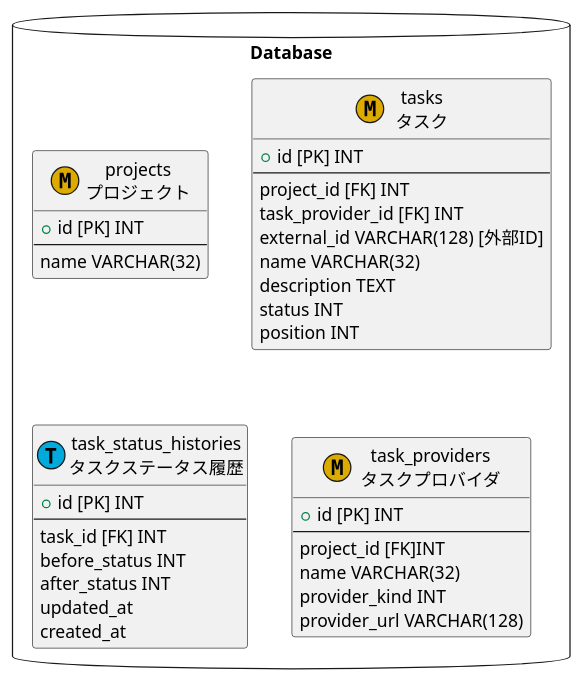
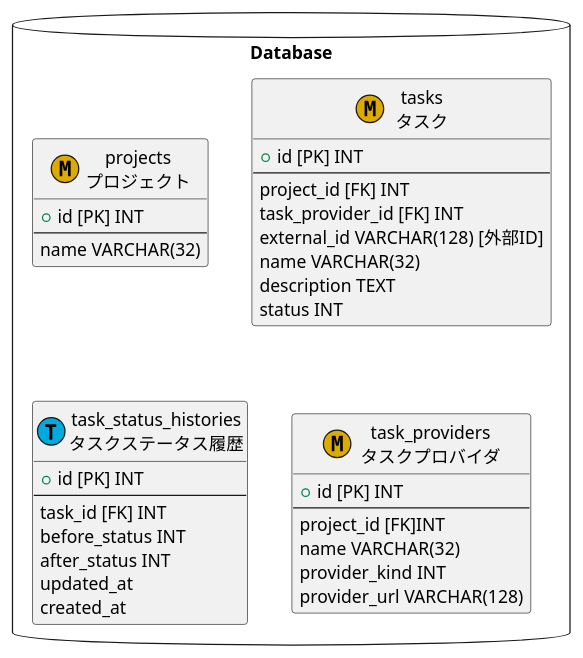
One commit to yuya-okada527/panopticon-docs changed the diagram in docs/mvp/tables.pu. Above: the diagram before and after it, drawn with PlantUML. The commit also changed 1 other file, not shown here.

Commit message:
remove position

```diff
--- a/docs/mvp/tables.pu
+++ b/docs/mvp/tables.pu
@@ -1,42 +1,41 @@
 @startuml テーブル一覧
 
 package "Database" <<Database>> {
   entity "projects\nプロジェクト" as projects <<M, DDAA00>> {
     + id [PK] INT
     --
     name VARCHAR(32)
   }
   entity "tasks\nタスク" as tasks <<M, DDAA00>> {
     + id [PK] INT
     --
     project_id [FK] INT
     task_provider_id [FK] INT
     external_id VARCHAR(128) [外部ID]
     name VARCHAR(32)
     description TEXT
     '0: created, 1: todo, 2: doing, 3: done, 4: closed
     status INT
-    position INT
   }
   entity "task_status_histories\nタスクステータス履歴" as task_status_histories <<T, 00AADD>> {
     + id [PK] INT
     --
     task_id [FK] INT
     before_status INT
     after_status INT
     updated_at
     created_at
   }
   entity "task_providers\nタスクプロバイダ" as task_providers <<M, DDAA00>> {
     + id [PK] INT
     --
     project_id [FK]INT
     name VARCHAR(32)
     '0: user, 1: github
     provider_kind INT
     provider_url VARCHAR(128)
   }
 }
 
 
 @enduml
```
